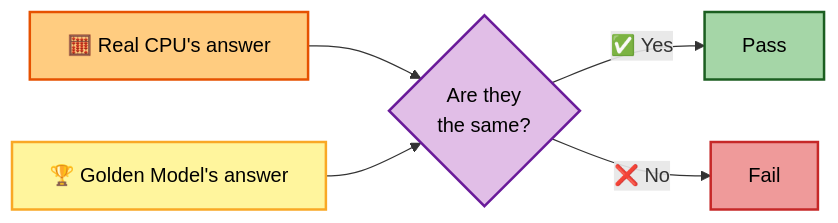
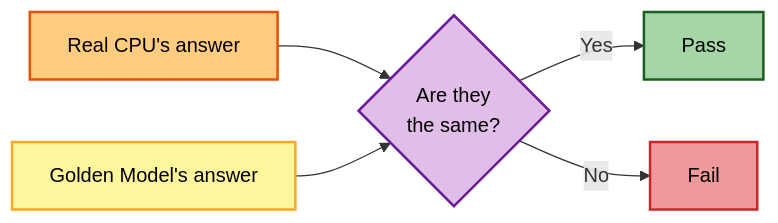
The eighth of 10 diagrams in README.md (hjsanjana/riscv-uvm-pipeline), drawn with Mermaid before and after one commit. The commit also changed other lines of this file, not shown here.

Commit message:
Remove emoji from README, keep colors and diagrams

````diff
--- a/README.md
+++ b/README.md
@@ -296,13 +295,13 @@
 ```mermaid
 flowchart LR
-    R["🧮 Real CPU's answer"]:::dut --> CMP{"Are they<br/>the same?"}:::judge
-    G["🏆 Golden Model's answer"]:::gold --> CMP
-    CMP -- "✅ Yes" --> PASS["Pass"]:::good
-    CMP -- "❌ No" --> FAIL["Fail"]:::bad
+    R["Real CPU's answer"]:::dut --> CMP{"Are they<br/>the same?"}:::judge
+    G["Golden Model's answer"]:::gold --> CMP
+    CMP -- "Yes" --> PASS["Pass"]:::good
+    CMP -- "No" --> FAIL["Fail"]:::bad
 
     classDef dut fill:#ffcc80,stroke:#e65100,color:#000,stroke-width:2px
     classDef gold fill:#fff59d,stroke:#f9a825,color:#000,stroke-width:2px
     classDef judge fill:#e1bee7,stroke:#6a1b9a,color:#000,stroke-width:2px
     classDef good fill:#a5d6a7,stroke:#1b5e20,color:#000,stroke-width:2px
     classDef bad fill:#ef9a9a,stroke:#c62828,color:#000,stroke-width:2px
 ```
````
